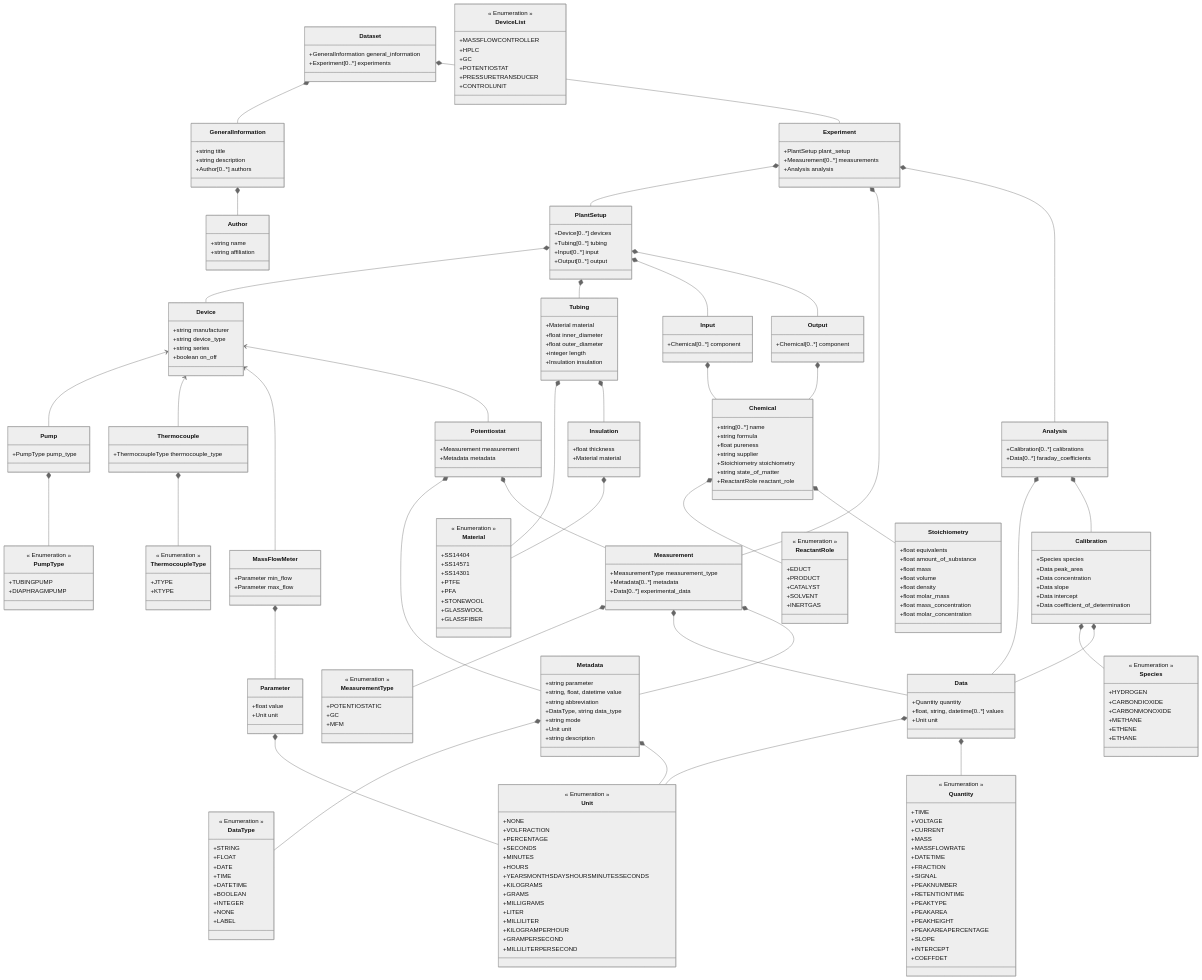
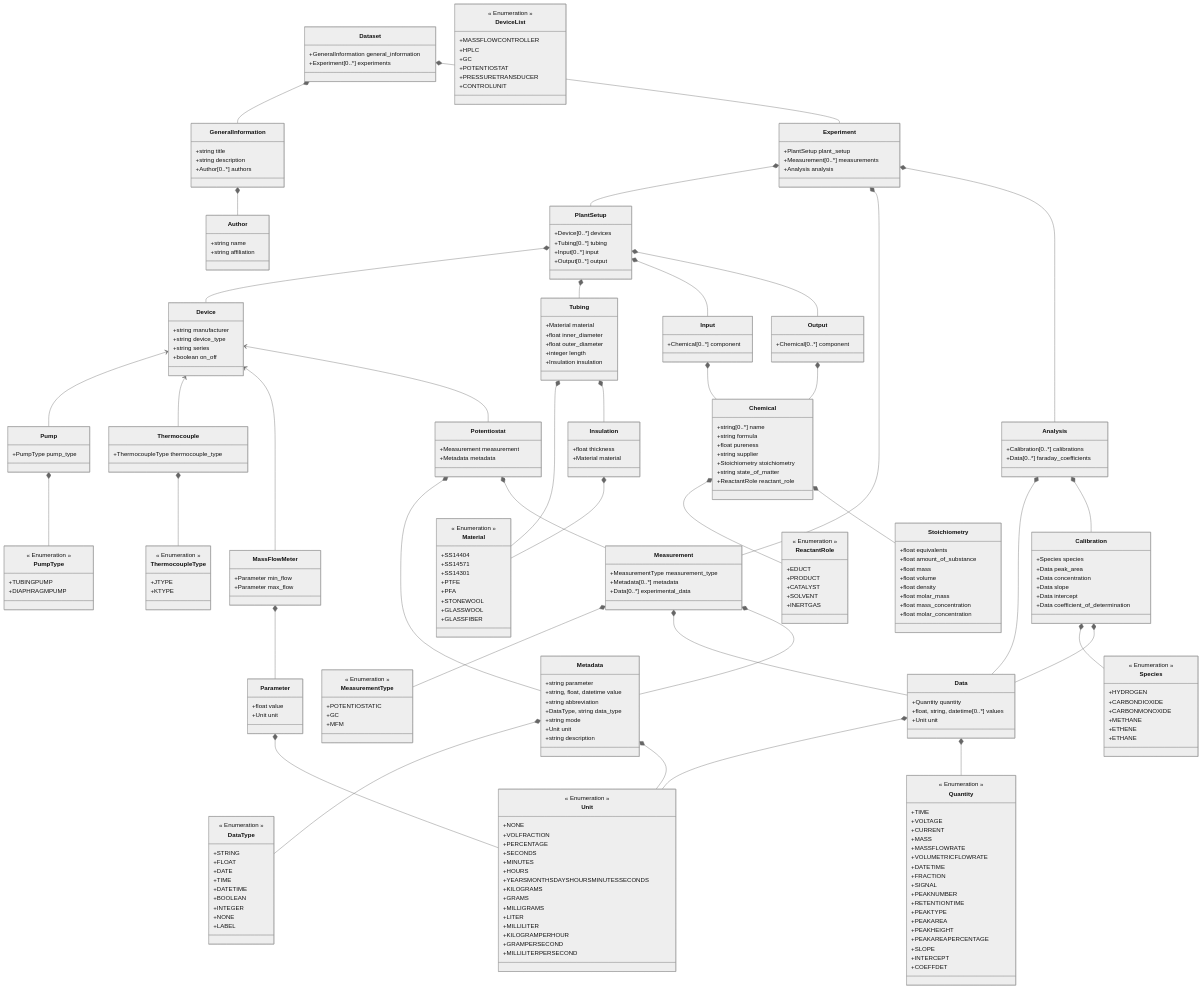
One commit to FAIRChemistry/FAIRFlow changed the diagram in datamodel_b07_tc/schemes/datamodel_b07_tc_schema.md. Above: the diagram before and after it, drawn with Mermaid (neutral theme). The commit also changed 24 other files, not shown here.

```diff
--- a/datamodel_b07_tc/schemes/datamodel_b07_tc_schema.md
+++ b/datamodel_b07_tc/schemes/datamodel_b07_tc_schema.md
@@ -258,6 +258,7 @@
         +CURRENT
         +MASS
         +MASSFLOWRATE
+        +VOLUMETRICFLOWRATE
         +DATETIME
         +FRACTION
         +SIGNAL
```
